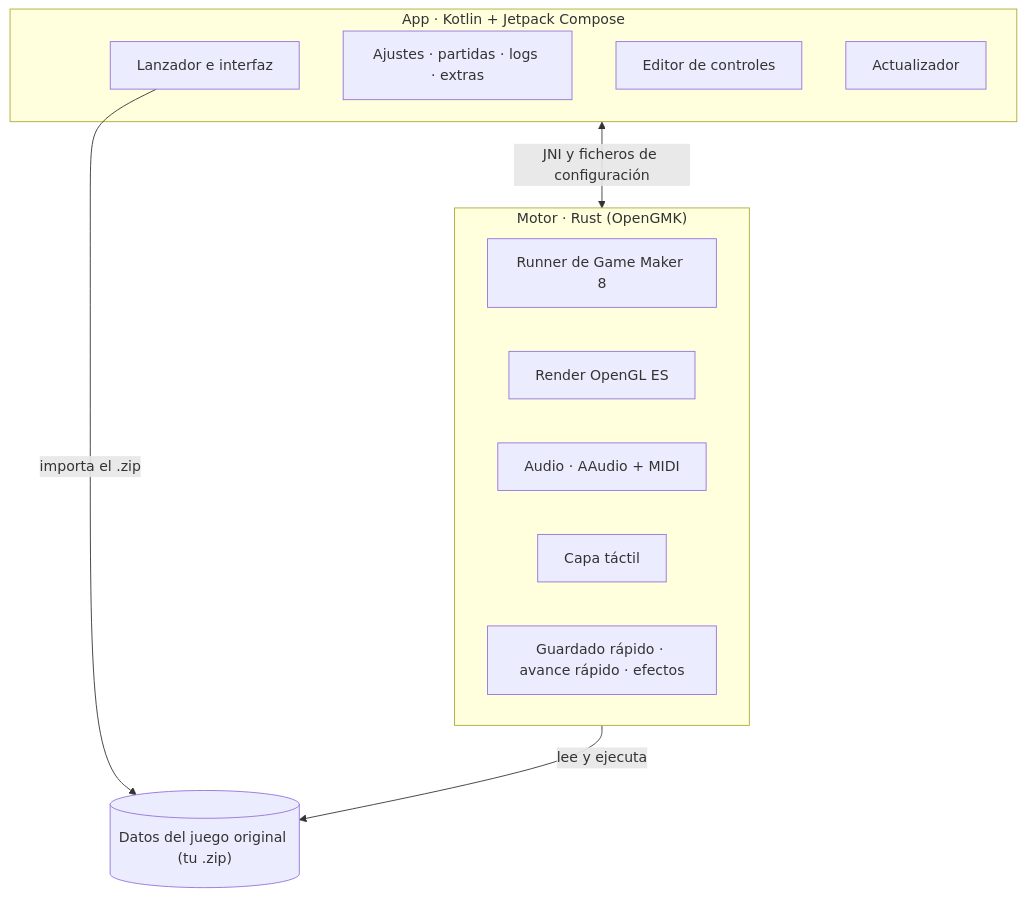
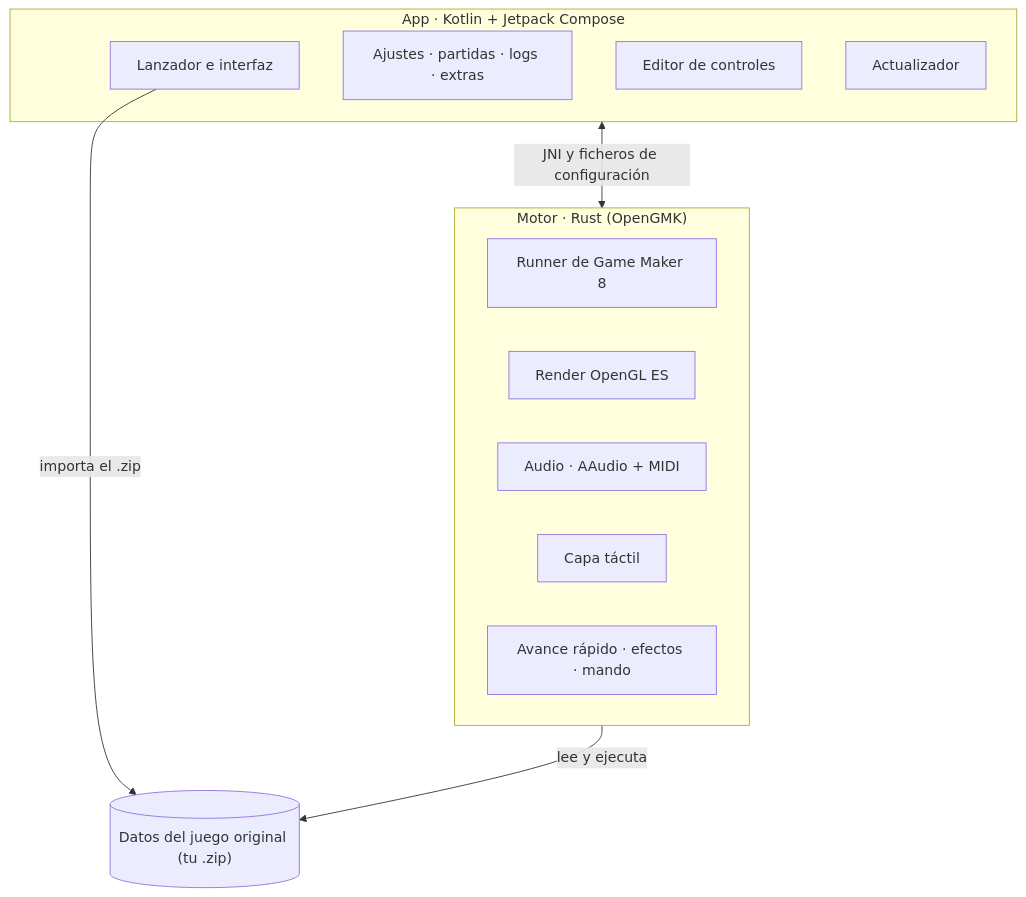
The diagram in README.md (waldnerverges27-collab/pokemon-reloaded-android-mejorado), drawn with Mermaid before and after one commit. The commit also changed other lines of this file and 28 other files, not shown here.

Commit message:
Añade Continuar en Inicio y retira el guardado rápido

````diff
--- a/README.md
+++ b/README.md
@@ -351,23 +350,23 @@
 ```mermaid
 flowchart TB
     subgraph app["App · Kotlin + Jetpack Compose"]
         launcher["Lanzador e interfaz"]
         ajustes["Ajustes · partidas · logs · extras"]
         editor["Editor de controles"]
         upd["Actualizador"]
     end
 
     subgraph engine["Motor · Rust (OpenGMK)"]
         runner["Runner de Game Maker 8"]
         render["Render OpenGL ES"]
         audio["Audio · AAudio + MIDI"]
         touch["Capa táctil"]
-        extras["Guardado rápido · avance rápido · efectos"]
+        extras["Avance rápido · efectos · mando"]
     end
 
     juego[("Datos del juego original (tu .zip)")]
 
     launcher -->|importa el .zip| juego
     app <-->|"JNI y ficheros de configuración"| engine
     engine -->|lee y ejecuta| juego
 ```
````
